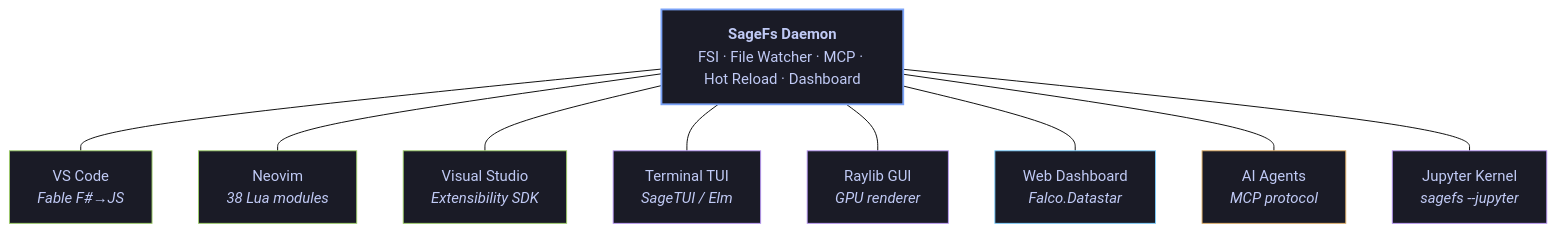
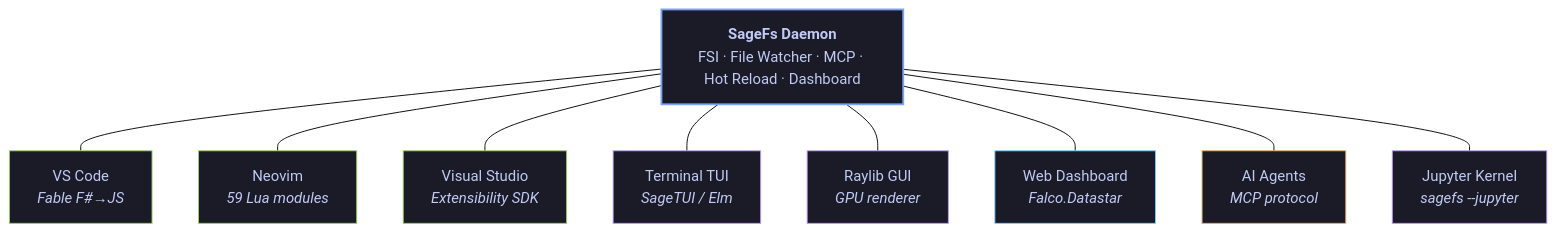
The first of 2 diagrams in Readme.md (WillEhrendreich/SageFs), drawn with Mermaid (forest theme) before and after one commit. The commit also changed other lines of this file and 11 other files, not shown here.

````diff
--- a/Readme.md
+++ b/Readme.md
@@ -71,23 +71,23 @@
 ```mermaid
 graph TB
     D["<b>SageFs Daemon</b><br/>FSI · File Watcher · MCP · Hot Reload · Dashboard"]
 
     D --- VS["VS Code<br/><i>Fable F#→JS</i>"]
-    D --- NV["Neovim<br/><i>38 Lua modules</i>"]
+    D --- NV["Neovim<br/><i>59 Lua modules</i>"]
     D --- VI["Visual Studio<br/><i>Extensibility SDK</i>"]
     D --- TU["Terminal TUI<br/><i>SageTUI / Elm</i>"]
     D --- GU["Raylib GUI<br/><i>GPU renderer</i>"]
     D --- WB["Web Dashboard<br/><i>Falco.Datastar</i>"]
     D --- AI["AI Agents<br/><i>MCP protocol</i>"]
     D --- JP["Jupyter Kernel<br/><i>sagefs --jupyter</i>"]
 
     style D fill:#1a1b26,stroke:#7aa2f7,stroke-width:2px,color:#c0caf5
     style VS fill:#1a1b26,stroke:#9ece6a,color:#c0caf5
     style NV fill:#1a1b26,stroke:#9ece6a,color:#c0caf5
     style VI fill:#1a1b26,stroke:#9ece6a,color:#c0caf5
     style TU fill:#1a1b26,stroke:#bb9af7,color:#c0caf5
     style GU fill:#1a1b26,stroke:#bb9af7,color:#c0caf5
     style WB fill:#1a1b26,stroke:#7dcfff,color:#c0caf5
     style AI fill:#1a1b26,stroke:#e0af68,color:#c0caf5
     style JP fill:#1a1b26,stroke:#bb9af7,color:#c0caf5
 ```
````
